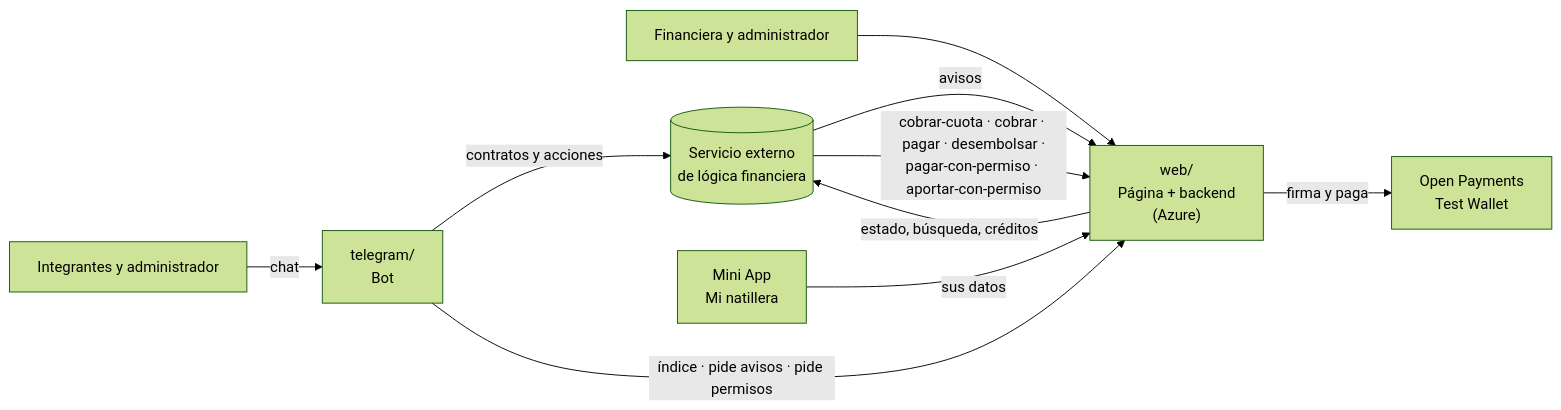
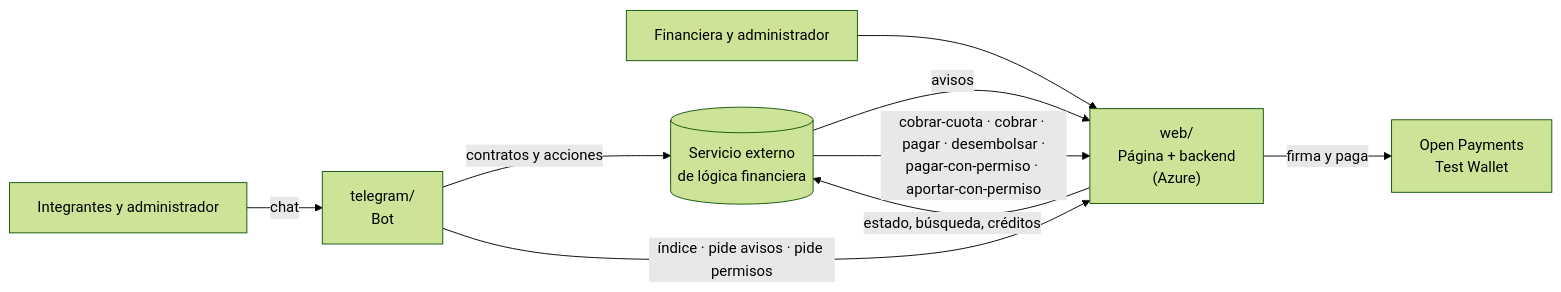
Before and after one commit to fintechfy-dev/openpayments-fintechfy: the diagram in docs/plan-de-trabajo.md, drawn with Mermaid (forest theme). The commit also changed other lines of this file and 1 other file, not shown here.

First line of the commit message:
#26: la Mini App «Mi natillera» no necesita ruta en la web

````diff
--- a/docs/plan-de-trabajo.md
+++ b/docs/plan-de-trabajo.md
@@ -11,12 +11,11 @@
 ```mermaid
 flowchart LR
   P["Integrantes y administrador"] -->|chat| BOT["telegram/<br/>Bot"]
   F["Financiera y administrador"] --> WEB["web/<br/>Página + backend<br/>(Azure)"]
   BOT -->|contratos y acciones| EXT[("Servicio externo<br/>de lógica financiera")]
   WEB -->|estado, búsqueda, créditos| EXT
   EXT -->|avisos| WEB
   BOT -->|índice · pide avisos · pide permisos| WEB
-  MA["Mini App<br/>Mi natillera"] -->|sus datos| WEB
   EXT -->|cobrar-cuota · cobrar · pagar · desembolsar ·<br/>pagar-con-permiso · aportar-con-permiso| WEB
   WEB -->|firma y paga| OP["Open Payments<br/>Test Wallet"]
 ```
````
